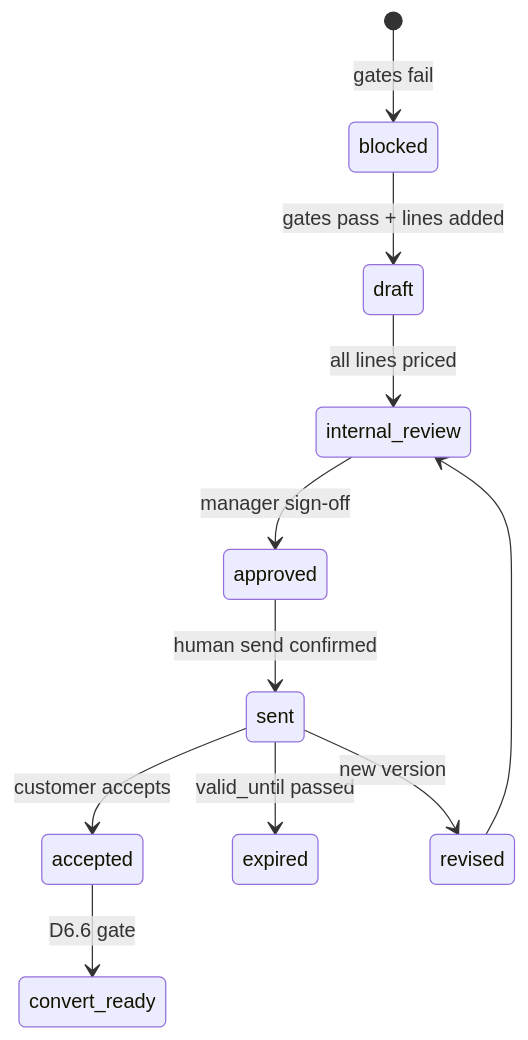
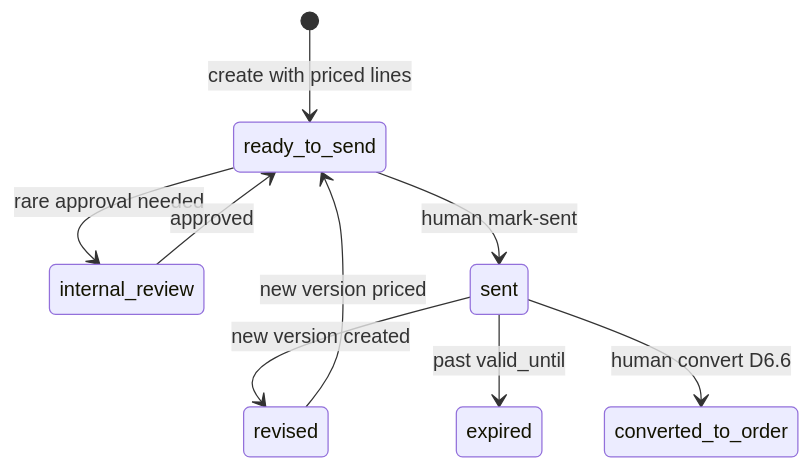
The diagram in docs/phase2/d6_1_quote_schema_api_design_review.md (StefanoJIA/PartnerOS), drawn with Mermaid before and after one commit. The commit also changed other lines of this file and 3 other files, not shown here.

Commit message:
docs(phase2): add D6.1 quote schema and API design review

````diff
--- a/docs/phase2/d6_1_quote_schema_api_design_review.md
+++ b/docs/phase2/d6_1_quote_schema_api_design_review.md
@@ -202,13 +523,11 @@
 ```mermaid
 stateDiagram-v2
-  [*] --> blocked: gates fail
-  blocked --> draft: gates pass + lines added
-  draft --> internal_review: all lines priced
-  internal_review --> approved: manager sign-off
-  approved --> sent: human send confirmed
-  sent --> accepted: customer accepts
-  sent --> expired: valid_until passed
-  sent --> revised: new version
-  revised --> internal_review
-  accepted --> convert_ready: D6.6 gate
+  [*] --> ready_to_send: create with priced lines
+  ready_to_send --> internal_review: rare approval needed
+  internal_review --> ready_to_send: approved
+  ready_to_send --> sent: human mark-sent
+  sent --> revised: new version created
+  revised --> ready_to_send: new version priced
+  sent --> expired: past valid_until
+  sent --> converted_to_order: human convert D6.6
 ```
````
